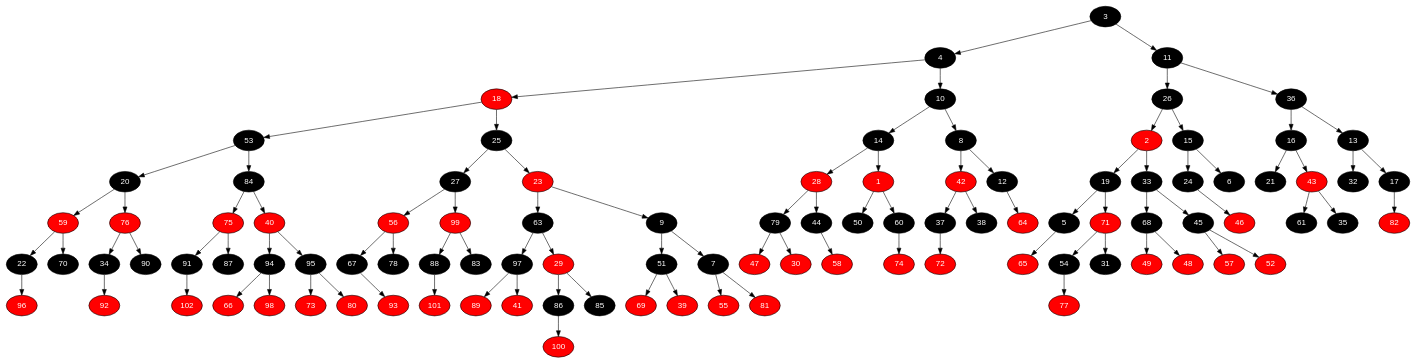
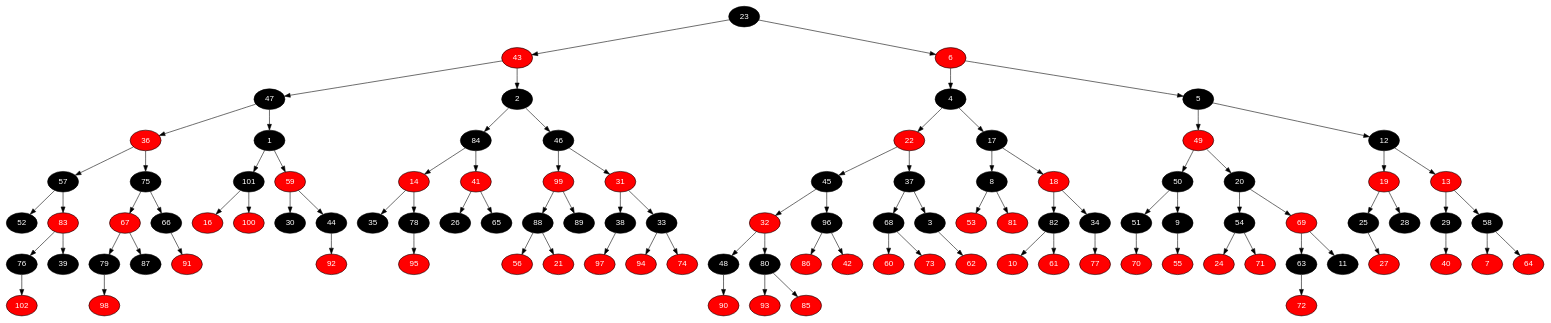
One commit to marcotuiio/Data_Structures changed the diagram in T3/outputs/01-mar-pequeno-1par-naus_01-lanr-01-11.dot. Above: the diagram before and after it, drawn with Graphviz. The commit also changed 634 other files, not shown here.

```diff
--- a/T3/outputs/01-mar-pequeno-1par-naus_01-lanr-01-11.dot
+++ b/T3/outputs/01-mar-pequeno-1par-naus_01-lanr-01-11.dot
@@ -3,207 +3,207 @@
 	edge [fontname="Helvetica,Arial,sans-serif" color="black"]
 
 	{
-		node [fillcolor=" black" fontcolor=" white"] 3 
-		node [fillcolor=" black" fontcolor=" white"] 4 
-		node [fillcolor=" red" fontcolor=" white"] 18 
-		node [fillcolor=" black" fontcolor=" white"] 53 
-		node [fillcolor=" black" fontcolor=" white"] 20 
+		node [fillcolor=" black" fontcolor=" white"] 23 
+		node [fillcolor=" red" fontcolor=" white"] 43 
+		node [fillcolor=" black" fontcolor=" white"] 47 
+		node [fillcolor=" red" fontcolor=" white"] 36 
+		node [fillcolor=" black" fontcolor=" white"] 57 
+		node [fillcolor=" black" fontcolor=" white"] 52 
+		node [fillcolor=" red" fontcolor=" white"] 83 
+		node [fillcolor=" black" fontcolor=" white"] 76 
+		node [fillcolor=" red" fontcolor=" white"] 102 
+		node [fillcolor=" black" fontcolor=" white"] 39 
+		node [fillcolor=" black" fontcolor=" white"] 75 
+		node [fillcolor=" red" fontcolor=" white"] 67 
+		node [fillcolor=" black" fontcolor=" white"] 79 
+		node [fillcolor=" red" fontcolor=" white"] 98 
+		node [fillcolor=" black" fontcolor=" white"] 87 
+		node [fillcolor=" black" fontcolor=" white"] 66 
+		node [fillcolor=" red" fontcolor=" white"] 91 
+		node [fillcolor=" black" fontcolor=" white"] 1 
+		node [fillcolor=" black" fontcolor=" white"] 101 
+		node [fillcolor=" red" fontcolor=" white"] 16 
+		node [fillcolor=" red" fontcolor=" white"] 100 
 		node [fillcolor=" red" fontcolor=" white"] 59 
-		node [fillcolor=" black" fontcolor=" white"] 22 
-		node [fillcolor=" red" fontcolor=" white"] 96 
-		node [fillcolor=" black" fontcolor=" white"] 70 
-		node [fillcolor=" red" fontcolor=" white"] 76 
-		node [fillcolor=" black" fontcolor=" white"] 34 
+		node [fillcolor=" black" fontcolor=" white"] 30 
+		node [fillcolor=" black" fontcolor=" white"] 44 
 		node [fillcolor=" red" fontcolor=" white"] 92 
-		node [fillcolor=" black" fontcolor=" white"] 90 
+		node [fillcolor=" black" fontcolor=" white"] 2 
 		node [fillcolor=" black" fontcolor=" white"] 84 
-		node [fillcolor=" red" fontcolor=" white"] 75 
-		node [fillcolor=" black" fontcolor=" white"] 91 
-		node [fillcolor=" red" fontcolor=" white"] 102 
-		node [fillcolor=" black" fontcolor=" white"] 87 
-		node [fillcolor=" red" fontcolor=" white"] 40 
-		node [fillcolor=" black" fontcolor=" white"] 94 
-		node [fillcolor=" red" fontcolor=" white"] 66 
-		node [fillcolor=" red" fontcolor=" white"] 98 
-		node [fillcolor=" black" fontcolor=" white"] 95 
-		node [fillcolor=" red" fontcolor=" white"] 73 
-		node [fillcolor=" red" fontcolor=" white"] 80 
-		node [fillcolor=" black" fontcolor=" white"] 25 
-		node [fillcolor=" black" fontcolor=" white"] 27 
-		node [fillcolor=" red" fontcolor=" white"] 56 
-		node [fillcolor=" black" fontcolor=" white"] 67 
-		node [fillcolor=" red" fontcolor=" white"] 93 
+		node [fillcolor=" red" fontcolor=" white"] 14 
+		node [fillcolor=" black" fontcolor=" white"] 35 
 		node [fillcolor=" black" fontcolor=" white"] 78 
+		node [fillcolor=" red" fontcolor=" white"] 95 
+		node [fillcolor=" red" fontcolor=" white"] 41 
+		node [fillcolor=" black" fontcolor=" white"] 26 
+		node [fillcolor=" black" fontcolor=" white"] 65 
+		node [fillcolor=" black" fontcolor=" white"] 46 
 		node [fillcolor=" red" fontcolor=" white"] 99 
 		node [fillcolor=" black" fontcolor=" white"] 88 
-		node [fillcolor=" red" fontcolor=" white"] 101 
-		node [fillcolor=" black" fontcolor=" white"] 83 
-		node [fillcolor=" red" fontcolor=" white"] 23 
-		node [fillcolor=" black" fontcolor=" white"] 63 
-		node [fillcolor=" black" fontcolor=" white"] 97 
-		node [fillcolor=" red" fontcolor=" white"] 89 
-		node [fillcolor=" red" fontcolor=" white"] 41 
-		node [fillcolor=" red" fontcolor=" white"] 29 
-		node [fillcolor=" black" fontcolor=" white"] 86 
-		node [fillcolor=" red" fontcolor=" white"] 100 
-		node [fillcolor=" black" fontcolor=" white"] 85 
-		node [fillcolor=" black" fontcolor=" white"] 9 
-		node [fillcolor=" black" fontcolor=" white"] 51 
-		node [fillcolor=" red" fontcolor=" white"] 69 
-		node [fillcolor=" red" fontcolor=" white"] 39 
-		node [fillcolor=" black" fontcolor=" white"] 7 
-		node [fillcolor=" red" fontcolor=" white"] 55 
-		node [fillcolor=" red" fontcolor=" white"] 81 
-		node [fillcolor=" black" fontcolor=" white"] 10 
-		node [fillcolor=" black" fontcolor=" white"] 14 
-		node [fillcolor=" red" fontcolor=" white"] 28 
-		node [fillcolor=" black" fontcolor=" white"] 79 
-		node [fillcolor=" red" fontcolor=" white"] 47 
-		node [fillcolor=" red" fontcolor=" white"] 30 
-		node [fillcolor=" black" fontcolor=" white"] 44 
-		node [fillcolor=" red" fontcolor=" white"] 58 
-		node [fillcolor=" red" fontcolor=" white"] 1 
-		node [fillcolor=" black" fontcolor=" white"] 50 
-		node [fillcolor=" black" fontcolor=" white"] 60 
+		node [fillcolor=" red" fontcolor=" white"] 56 
+		node [fillcolor=" red" fontcolor=" white"] 21 
+		node [fillcolor=" black" fontcolor=" white"] 89 
+		node [fillcolor=" red" fontcolor=" white"] 31 
+		node [fillcolor=" black" fontcolor=" white"] 38 
+		node [fillcolor=" red" fontcolor=" white"] 97 
+		node [fillcolor=" black" fontcolor=" white"] 33 
+		node [fillcolor=" red" fontcolor=" white"] 94 
 		node [fillcolor=" red" fontcolor=" white"] 74 
-		node [fillcolor=" black" fontcolor=" white"] 8 
+		node [fillcolor=" red" fontcolor=" white"] 6 
+		node [fillcolor=" black" fontcolor=" white"] 4 
+		node [fillcolor=" red" fontcolor=" white"] 22 
+		node [fillcolor=" black" fontcolor=" white"] 45 
+		node [fillcolor=" red" fontcolor=" white"] 32 
+		node [fillcolor=" black" fontcolor=" white"] 48 
+		node [fillcolor=" red" fontcolor=" white"] 90 
+		node [fillcolor=" black" fontcolor=" white"] 80 
+		node [fillcolor=" red" fontcolor=" white"] 93 
+		node [fillcolor=" red" fontcolor=" white"] 85 
+		node [fillcolor=" black" fontcolor=" white"] 96 
+		node [fillcolor=" red" fontcolor=" white"] 86 
 		node [fillcolor=" red" fontcolor=" white"] 42 
 		node [fillcolor=" black" fontcolor=" white"] 37 
+		node [fillcolor=" black" fontcolor=" white"] 68 
+		node [fillcolor=" red" fontcolor=" white"] 60 
+		node [fillcolor=" red" fontcolor=" white"] 73 
+		node [fillcolor=" black" fontcolor=" white"] 3 
+		node [fillcolor=" red" fontcolor=" white"] 62 
+		node [fillcolor=" black" fontcolor=" white"] 17 
+		node [fillcolor=" black" fontcolor=" white"] 8 
+		node [fillcolor=" red" fontcolor=" white"] 53 
+		node [fillcolor=" red" fontcolor=" white"] 81 
+		node [fillcolor=" red" fontcolor=" white"] 18 
+		node [fillcolor=" black" fontcolor=" white"] 82 
+		node [fillcolor=" red" fontcolor=" white"] 10 
+		node [fillcolor=" red" fontcolor=" white"] 61 
+		node [fillcolor=" black" fontcolor=" white"] 34 
+		node [fillcolor=" red" fontcolor=" white"] 77 
+		node [fillcolor=" black" fontcolor=" white"] 5 
+		node [fillcolor=" red" fontcolor=" white"] 49 
+		node [fillcolor=" black" fontcolor=" white"] 50 
+		node [fillcolor=" black" fontcolor=" white"] 51 
+		node [fillcolor=" red" fontcolor=" white"] 70 
+		node [fillcolor=" black" fontcolor=" white"] 9 
+		node [fillcolor=" red" fontcolor=" white"] 55 
+		node [fillcolor=" black" fontcolor=" white"] 20 
+		node [fillcolor=" black" fontcolor=" white"] 54 
+		node [fillcolor=" red" fontcolor=" white"] 24 
+		node [fillcolor=" red" fontcolor=" white"] 71 
+		node [fillcolor=" red" fontcolor=" white"] 69 
+		node [fillcolor=" black" fontcolor=" white"] 63 
 		node [fillcolor=" red" fontcolor=" white"] 72 
-		node [fillcolor=" black" fontcolor=" white"] 38 
+		node [fillcolor=" black" fontcolor=" white"] 11 
 		node [fillcolor=" black" fontcolor=" white"] 12 
+		node [fillcolor=" red" fontcolor=" white"] 19 
+		node [fillcolor=" black" fontcolor=" white"] 25 
+		node [fillcolor=" red" fontcolor=" white"] 27 
+		node [fillcolor=" black" fontcolor=" white"] 28 
+		node [fillcolor=" red" fontcolor=" white"] 13 
+		node [fillcolor=" black" fontcolor=" white"] 29 
+		node [fillcolor=" red" fontcolor=" white"] 40 
+		node [fillcolor=" black" fontcolor=" white"] 58 
+		node [fillcolor=" red" fontcolor=" white"] 7 
 		node [fillcolor=" red" fontcolor=" white"] 64 
-		node [fillcolor=" black" fontcolor=" white"] 11 
-		node [fillcolor=" black" fontcolor=" white"] 26 
-		node [fillcolor=" red" fontcolor=" white"] 2 
-		node [fillcolor=" black" fontcolor=" white"] 19 
-		node [fillcolor=" black" fontcolor=" white"] 5 
-		node [fillcolor=" red" fontcolor=" white"] 65 
-		node [fillcolor=" red" fontcolor=" white"] 71 
-		node [fillcolor=" black" fontcolor=" white"] 54 
-		node [fillcolor=" red" fontcolor=" white"] 77 
-		node [fillcolor=" black" fontcolor=" white"] 31 
-		node [fillcolor=" black" fontcolor=" white"] 33 
-		node [fillcolor=" black" fontcolor=" white"] 68 
-		node [fillcolor=" red" fontcolor=" white"] 49 
-		node [fillcolor=" red" fontcolor=" white"] 48 
-		node [fillcolor=" black" fontcolor=" white"] 45 
-		node [fillcolor=" red" fontcolor=" white"] 57 
-		node [fillcolor=" red" fontcolor=" white"] 52 
-		node [fillcolor=" black" fontcolor=" white"] 15 
-		node [fillcolor=" black" fontcolor=" white"] 24 
-		node [fillcolor=" red" fontcolor=" white"] 46 
-		node [fillcolor=" black" fontcolor=" white"] 6 
-		node [fillcolor=" black" fontcolor=" white"] 36 
-		node [fillcolor=" black" fontcolor=" white"] 16 
-		node [fillcolor=" black" fontcolor=" white"] 21 
-		node [fillcolor=" red" fontcolor=" white"] 43 
-		node [fillcolor=" black" fontcolor=" white"] 61 
-		node [fillcolor=" black" fontcolor=" white"] 35 
-		node [fillcolor=" black" fontcolor=" white"] 13 
-		node [fillcolor=" black" fontcolor=" white"] 32 
-		node [fillcolor=" black" fontcolor=" white"] 17 
-		node [fillcolor=" red" fontcolor=" white"] 82 
 	}
 
-	3 -> 4 
-	3 -> 11 
-	4 -> 18 
-	4 -> 10 
-	18 -> 53 
-	18 -> 25 
-	53 -> 20 
-	53 -> 84 
-	20 -> 59 
-	20 -> 76 
-	59 -> 22 
-	59 -> 70 
-	22 -> 96 
-	76 -> 34 
-	76 -> 90 
-	34 -> 92 
-	84 -> 75 
-	84 -> 40 
-	75 -> 91 
-	75 -> 87 
-	91 -> 102 
-	40 -> 94 
-	40 -> 95 
-	94 -> 66 
-	94 -> 98 
-	95 -> 73 
-	95 -> 80 
+	23 -> 43 
+	23 -> 6 
+	43 -> 47 
+	43 -> 2 
+	47 -> 36 
+	47 -> 1 
+	36 -> 57 
+	36 -> 75 
+	57 -> 52 
+	57 -> 83 
+	83 -> 76 
+	83 -> 39 
+	76 -> 102 
+	75 -> 67 
+	75 -> 66 
+	67 -> 79 
+	67 -> 87 
+	79 -> 98 
+	66 -> 91 
+	1 -> 101 
+	1 -> 59 
+	101 -> 16 
+	101 -> 100 
+	59 -> 30 
+	59 -> 44 
+	44 -> 92 
+	2 -> 84 
+	2 -> 46 
+	84 -> 14 
+	84 -> 41 
+	14 -> 35 
+	14 -> 78 
+	78 -> 95 
+	41 -> 26 
+	41 -> 65 
+	46 -> 99 
+	46 -> 31 
+	99 -> 88 
+	99 -> 89 
+	88 -> 56 
+	88 -> 21 
+	31 -> 38 
+	31 -> 33 
+	38 -> 97 
+	33 -> 94 
+	33 -> 74 
+	6 -> 4 
+	6 -> 5 
+	4 -> 22 
+	4 -> 17 
+	22 -> 45 
+	22 -> 37 
+	45 -> 32 
+	45 -> 96 
+	32 -> 48 
+	32 -> 80 
+	48 -> 90 
+	80 -> 93 
+	80 -> 85 
+	96 -> 86 
+	96 -> 42 
+	37 -> 68 
+	37 -> 3 
+	68 -> 60 
+	68 -> 73 
+	3 -> 62 
+	17 -> 8 
+	17 -> 18 
+	8 -> 53 
+	8 -> 81 
+	18 -> 82 
+	18 -> 34 
+	82 -> 10 
+	82 -> 61 
+	34 -> 77 
+	5 -> 49 
+	5 -> 12 
+	49 -> 50 
+	49 -> 20 
+	50 -> 51 
+	50 -> 9 
+	51 -> 70 
+	9 -> 55 
+	20 -> 54 
+	20 -> 69 
+	54 -> 24 
+	54 -> 71 
+	69 -> 63 
+	69 -> 11 
+	63 -> 72 
+	12 -> 19 
+	12 -> 13 
+	19 -> 25 
+	19 -> 28 
 	25 -> 27 
-	25 -> 23 
-	27 -> 56 
-	27 -> 99 
-	56 -> 67 
-	56 -> 78 
-	67 -> 93 
-	99 -> 88 
-	99 -> 83 
-	88 -> 101 
-	23 -> 63 
-	23 -> 9 
-	63 -> 97 
-	63 -> 29 
-	97 -> 89 
-	97 -> 41 
-	29 -> 86 
-	29 -> 85 
-	86 -> 100 
-	9 -> 51 
-	9 -> 7 
-	51 -> 69 
-	51 -> 39 
-	7 -> 55 
-	7 -> 81 
-	10 -> 14 
-	10 -> 8 
-	14 -> 28 
-	14 -> 1 
-	28 -> 79 
-	28 -> 44 
-	79 -> 47 
-	79 -> 30 
-	44 -> 58 
-	1 -> 50 
-	1 -> 60 
-	60 -> 74 
-	8 -> 42 
-	8 -> 12 
-	42 -> 37 
-	42 -> 38 
-	37 -> 72 
-	12 -> 64 
-	11 -> 26 
-	11 -> 36 
-	26 -> 2 
-	26 -> 15 
-	2 -> 19 
-	2 -> 33 
-	19 -> 5 
-	19 -> 71 
-	5 -> 65 
-	71 -> 54 
-	71 -> 31 
-	54 -> 77 
-	33 -> 68 
-	33 -> 45 
-	68 -> 49 
-	68 -> 48 
-	45 -> 57 
-	45 -> 52 
-	15 -> 24 
-	15 -> 6 
-	24 -> 46 
-	36 -> 16 
-	36 -> 13 
-	16 -> 21 
-	16 -> 43 
-	43 -> 61 
-	43 -> 35 
-	13 -> 32 
-	13 -> 17 
-	17 -> 82 
+	13 -> 29 
+	13 -> 58 
+	29 -> 40 
+	58 -> 7 
+	58 -> 64 
 }
```
